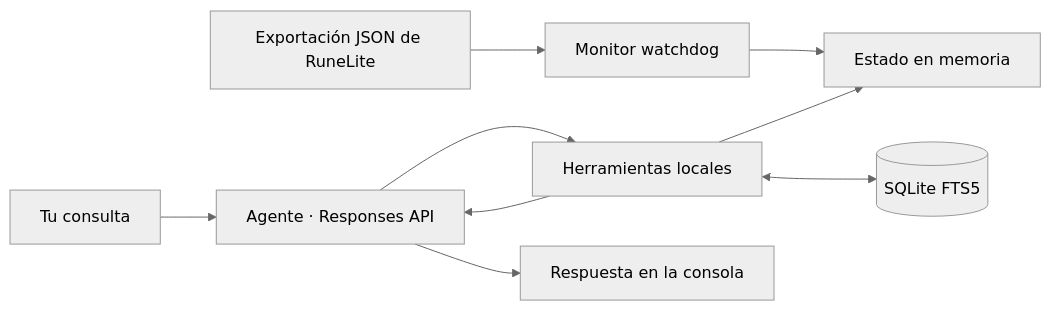
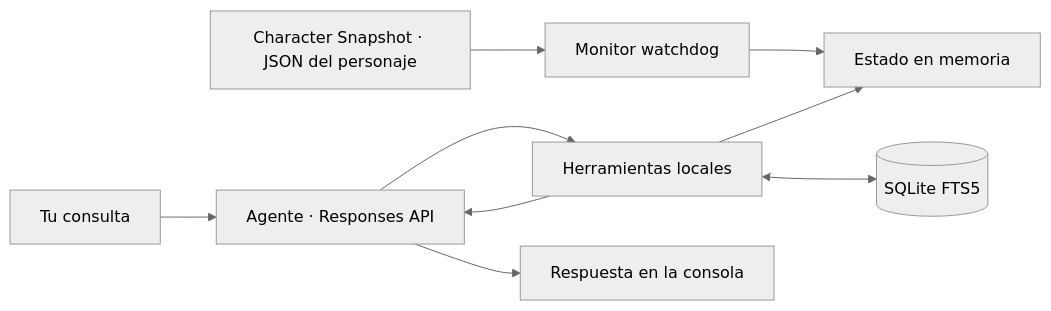
Before and after one commit to mauricio-castano-dev/osrs-gpt-companion: the diagram in README.md, drawn with Mermaid (neutral theme). The commit also changed other lines of this file and 1 other file, not shown here.

Commit message:
docs: clarify Character Snapshot export folder and character filenames

````diff
--- a/README.md
+++ b/README.md
@@ -88,11 +102,11 @@
 ```mermaid
 flowchart LR
-    R[Exportación JSON de RuneLite] --> W[Monitor watchdog]
+    R[Character Snapshot · JSON del personaje] --> W[Monitor watchdog]
     W --> C[Estado en memoria]
     U[Tu consulta] --> A[Agente · Responses API]
     A --> T[Herramientas locales]
     T --> C
     T <--> M[(SQLite FTS5)]
     T --> A
     A --> F[Respuesta en la consola]
 ```
````
